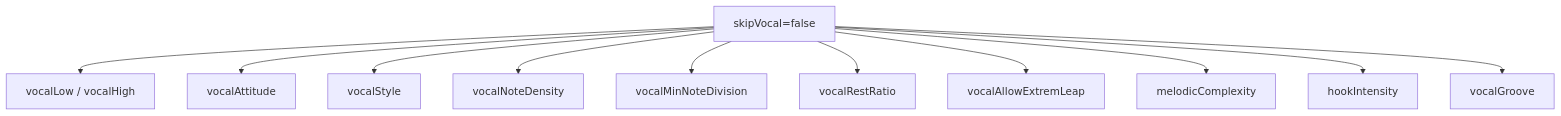
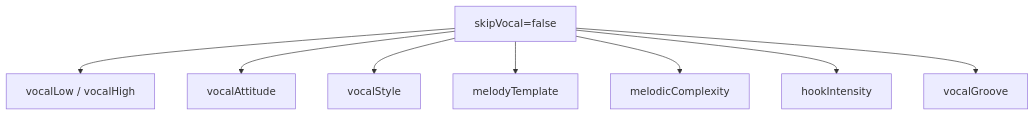
Before and after one commit to libraz/midi-sketch-homepage: the sixth of 11 diagrams in docs/option-relationships.md, drawn with Mermaid. The commit also changed other lines of this file and 25 other files, not shown here.

First line of the commit message:
Update vocal system with melody templates and new Aux track

````diff
--- a/docs/option-relationships.md
+++ b/docs/option-relationships.md
@@ -97,13 +97,10 @@
 ```mermaid
 graph TD
     skipVocal["skipVocal=false"] --> vocalLow["vocalLow / vocalHigh"]
     skipVocal --> vocalAttitude
     skipVocal --> vocalStyle
-    skipVocal --> vocalNoteDensity
-    skipVocal --> vocalMinNoteDivision
-    skipVocal --> vocalRestRatio
-    skipVocal --> vocalAllowExtremLeap
+    skipVocal --> melodyTemplate
     skipVocal --> melodicComplexity
     skipVocal --> hookIntensity
     skipVocal --> vocalGroove
 ```
````
